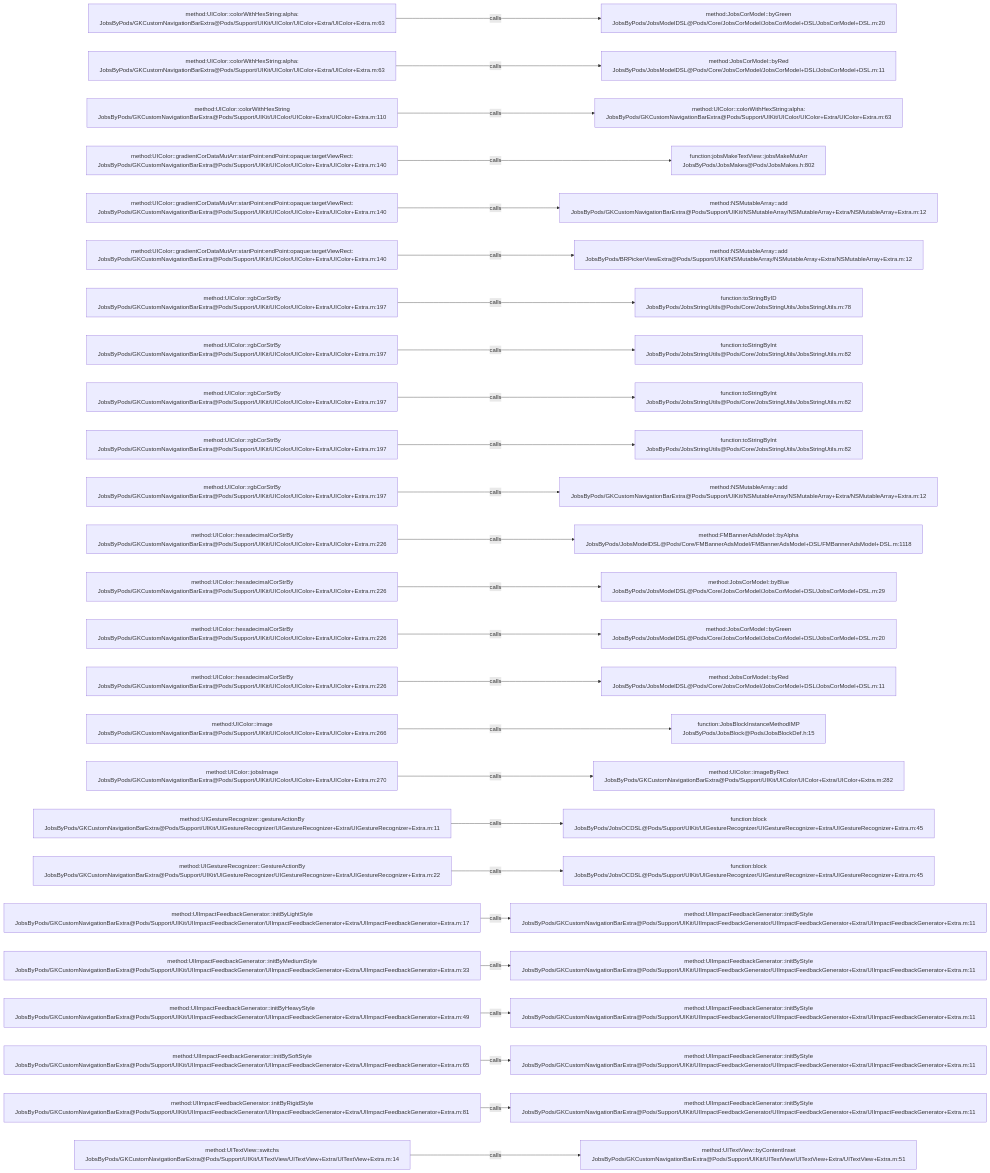
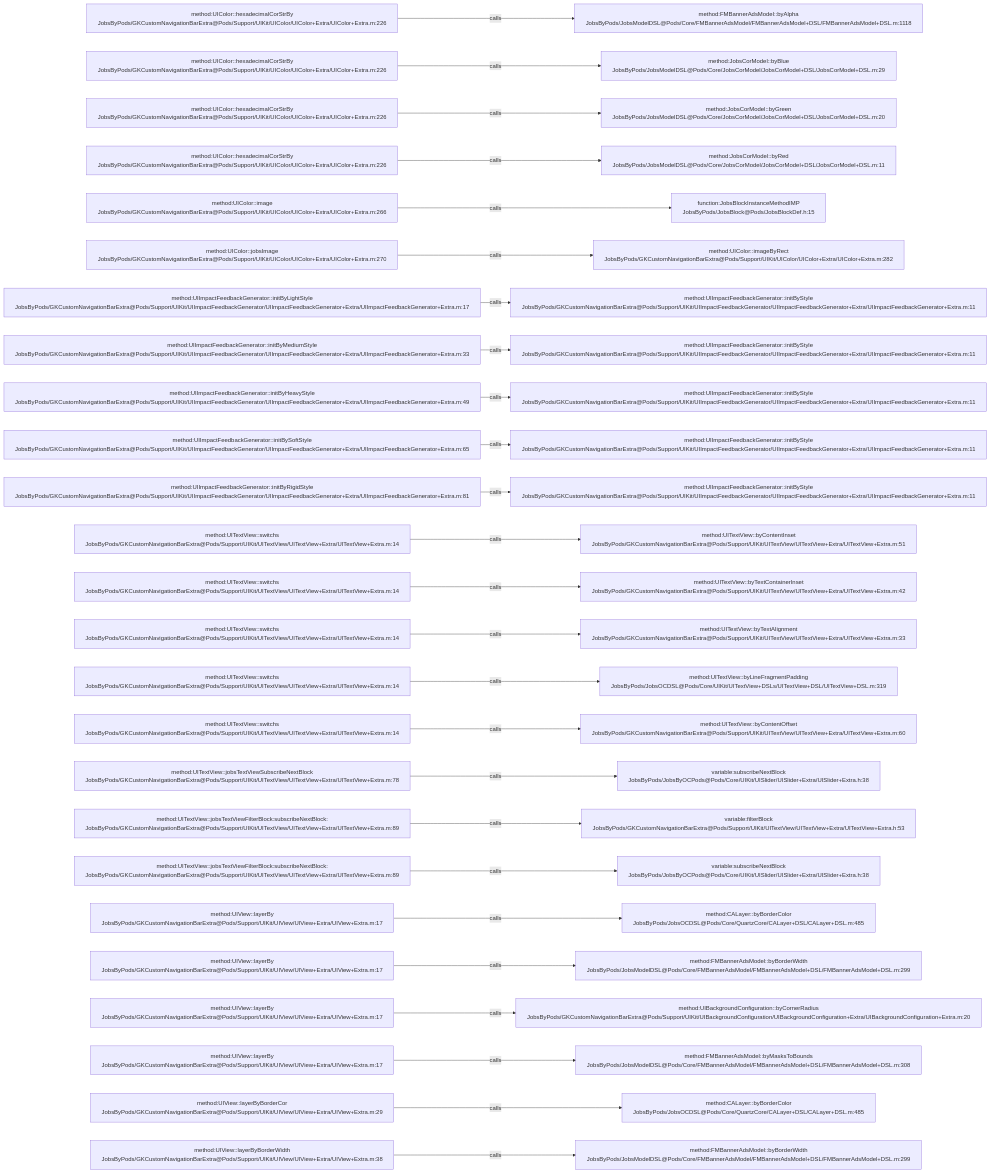
The diagram in .codegraph/codegraph.md/graphs/calls-039.md (JobsKits/JobsOCBaseConfigDemo), drawn with Mermaid before and after one commit. The commit also changed 223 other files, not shown here.

````diff
--- a/.codegraph/codegraph.md/graphs/calls-039.md
+++ b/.codegraph/codegraph.md/graphs/calls-039.md
@@ -13,78 +13,78 @@
 ```mermaid
 flowchart LR
-  S1["method:UIColor::colorWithHexString:alpha:<br/>JobsByPods/GKCustomNavigationBarExtra@Pods/Support/UIKit/UIColor/UIColor+Extra/UIColor+Extra.m:63"]
-  T1["method:JobsCorModel::byGreen<br/>JobsByPods/JobsModelDSL@Pods/Core/JobsCorModel/JobsCorModel+DSL/JobsCorModel+DSL.m:20"]
+  S1["method:UIColor::hexadecimalCorStrBy<br/>JobsByPods/GKCustomNavigationBarExtra@Pods/Support/UIKit/UIColor/UIColor+Extra/UIColor+Extra.m:226"]
+  T1["method:FMBannerAdsModel::byAlpha<br/>JobsByPods/JobsModelDSL@Pods/Core/FMBannerAdsModel/FMBannerAdsModel+DSL/FMBannerAdsModel+DSL.m:1118"]
   S1 -->|calls| T1
-  S2["method:UIColor::colorWithHexString:alpha:<br/>JobsByPods/GKCustomNavigationBarExtra@Pods/Support/UIKit/UIColor/UIColor+Extra/UIColor+Extra.m:63"]
-  T2["method:JobsCorModel::byRed<br/>JobsByPods/JobsModelDSL@Pods/Core/JobsCorModel/JobsCorModel+DSL/JobsCorModel+DSL.m:11"]
+  S2["method:UIColor::hexadecimalCorStrBy<br/>JobsByPods/GKCustomNavigationBarExtra@Pods/Support/UIKit/UIColor/UIColor+Extra/UIColor+Extra.m:226"]
+  T2["method:JobsCorModel::byBlue<br/>JobsByPods/JobsModelDSL@Pods/Core/JobsCorModel/JobsCorModel+DSL/JobsCorModel+DSL.m:29"]
   S2 -->|calls| T2
-  S3["method:UIColor::colorWithHexString<br/>JobsByPods/GKCustomNavigationBarExtra@Pods/Support/UIKit/UIColor/UIColor+Extra/UIColor+Extra.m:110"]
-  T3["method:UIColor::colorWithHexString:alpha:<br/>JobsByPods/GKCustomNavigationBarExtra@Pods/Support/UIKit/UIColor/UIColor+Extra/UIColor+Extra.m:63"]
+  S3["method:UIColor::hexadecimalCorStrBy<br/>JobsByPods/GKCustomNavigationBarExtra@Pods/Support/UIKit/UIColor/UIColor+Extra/UIColor+Extra.m:226"]
+  T3["method:JobsCorModel::byGreen<br/>JobsByPods/JobsModelDSL@Pods/Core/JobsCorModel/JobsCorModel+DSL/JobsCorModel+DSL.m:20"]
   S3 -->|calls| T3
-  S4["method:UIColor::gradientCorDataMutArr:startPoint:endPoint:opaque:targetViewRect:<br/>JobsByPods/GKCustomNavigationBarExtra@Pods/Support/UIKit/UIColor/UIColor+Extra/UIColor+Extra.m:140"]
-  T4["function:jobsMakeTextView::jobsMakeMutArr<br/>JobsByPods/JobsMakes@Pods/JobsMakes.h:802"]
+  S4["method:UIColor::hexadecimalCorStrBy<br/>JobsByPods/GKCustomNavigationBarExtra@Pods/Support/UIKit/UIColor/UIColor+Extra/UIColor+Extra.m:226"]
+  T4["method:JobsCorModel::byRed<br/>JobsByPods/JobsModelDSL@Pods/Core/JobsCorModel/JobsCorModel+DSL/JobsCorModel+DSL.m:11"]
   S4 -->|calls| T4
-  S5["method:UIColor::gradientCorDataMutArr:startPoint:endPoint:opaque:targetViewRect:<br/>JobsByPods/GKCustomNavigationBarExtra@Pods/Support/UIKit/UIColor/UIColor+Extra/UIColor+Extra.m:140"]
-  T5["method:NSMutableArray::add<br/>JobsByPods/GKCustomNavigationBarExtra@Pods/Support/UIKit/NSMutableArray/NSMutableArray+Extra/NSMutableArray+Extra.m:12"]
+  S5["method:UIColor::image<br/>JobsByPods/GKCustomNavigationBarExtra@Pods/Support/UIKit/UIColor/UIColor+Extra/UIColor+Extra.m:266"]
+  T5["function:JobsBlockInstanceMethodIMP<br/>JobsByPods/JobsBlock@Pods/JobsBlockDef.h:15"]
   S5 -->|calls| T5
-  S6["method:UIColor::gradientCorDataMutArr:startPoint:endPoint:opaque:targetViewRect:<br/>JobsByPods/GKCustomNavigationBarExtra@Pods/Support/UIKit/UIColor/UIColor+Extra/UIColor+Extra.m:140"]
-  T6["method:NSMutableArray::add<br/>JobsByPods/BRPickerViewExtra@Pods/Support/UIKit/NSMutableArray/NSMutableArray+Extra/NSMutableArray+Extra.m:12"]
+  S6["method:UIColor::jobsImage<br/>JobsByPods/GKCustomNavigationBarExtra@Pods/Support/UIKit/UIColor/UIColor+Extra/UIColor+Extra.m:270"]
+  T6["method:UIColor::imageByRect<br/>JobsByPods/GKCustomNavigationBarExtra@Pods/Support/UIKit/UIColor/UIColor+Extra/UIColor+Extra.m:282"]
   S6 -->|calls| T6
-  S7["method:UIColor::rgbCorStrBy<br/>JobsByPods/GKCustomNavigationBarExtra@Pods/Support/UIKit/UIColor/UIColor+Extra/UIColor+Extra.m:197"]
-  T7["function:toStringByID<br/>JobsByPods/JobsStringUtils@Pods/Core/JobsStringUtils/JobsStringUtils.m:78"]
+  S7["method:UIImpactFeedbackGenerator::initByLightStyle<br/>JobsByPods/GKCustomNavigationBarExtra@Pods/Support/UIKit/UIImpactFeedbackGenerator/UIImpactFeedbackGenerator+Extra/UIImpactFeedbackGenerator+Extra.m:17"]
+  T7["method:UIImpactFeedbackGenerator::initByStyle<br/>JobsByPods/GKCustomNavigationBarExtra@Pods/Support/UIKit/UIImpactFeedbackGenerator/UIImpactFeedbackGenerator+Extra/UIImpactFeedbackGenerator+Extra.m:11"]
   S7 -->|calls| T7
-  S8["method:UIColor::rgbCorStrBy<br/>JobsByPods/GKCustomNavigationBarExtra@Pods/Support/UIKit/UIColor/UIColor+Extra/UIColor+Extra.m:197"]
-  T8["function:toStringByInt<br/>JobsByPods/JobsStringUtils@Pods/Core/JobsStringUtils/JobsStringUtils.m:82"]
+  S8["method:UIImpactFeedbackGenerator::initByMediumStyle<br/>JobsByPods/GKCustomNavigationBarExtra@Pods/Support/UIKit/UIImpactFeedbackGenerator/UIImpactFeedbackGenerator+Extra/UIImpactFeedbackGenerator+Extra.m:33"]
+  T8["method:UIImpactFeedbackGenerator::initByStyle<br/>JobsByPods/GKCustomNavigationBarExtra@Pods/Support/UIKit/UIImpactFeedbackGenerator/UIImpactFeedbackGenerator+Extra/UIImpactFeedbackGenerator+Extra.m:11"]
   S8 -->|calls| T8
-  S9["method:UIColor::rgbCorStrBy<br/>JobsByPods/GKCustomNavigationBarExtra@Pods/Support/UIKit/UIColor/UIColor+Extra/UIColor+Extra.m:197"]
-  T9["function:toStringByInt<br/>JobsByPods/JobsStringUtils@Pods/Core/JobsStringUtils/JobsStringUtils.m:82"]
+  S9["method:UIImpactFeedbackGenerator::initByHeavyStyle<br/>JobsByPods/GKCustomNavigationBarExtra@Pods/Support/UIKit/UIImpactFeedbackGenerator/UIImpactFeedbackGenerator+Extra/UIImpactFeedbackGenerator+Extra.m:49"]
+  T9["method:UIImpactFeedbackGenerator::initByStyle<br/>JobsByPods/GKCustomNavigationBarExtra@Pods/Support/UIKit/UIImpactFeedbackGenerator/UIImpactFeedbackGenerator+Extra/UIImpactFeedbackGenerator+Extra.m:11"]
   S9 -->|calls| T9
-  S10["method:UIColor::rgbCorStrBy<br/>JobsByPods/GKCustomNavigationBarExtra@Pods/Support/UIKit/UIColor/UIColor+Extra/UIColor+Extra.m:197"]
-  T10["function:toStringByInt<br/>JobsByPods/JobsStringUtils@Pods/Core/JobsStringUtils/JobsStringUtils.m:82"]
+  S10["method:UIImpactFeedbackGenerator::initBySoftStyle<br/>JobsByPods/GKCustomNavigationBarExtra@Pods/Support/UIKit/UIImpactFeedbackGenerator/UIImpactFeedbackGenerator+Extra/UIImpactFeedbackGenerator+Extra.m:65"]
+  T10["method:UIImpactFeedbackGenerator::initByStyle<br/>JobsByPods/GKCustomNavigationBarExtra@Pods/Support/UIKit/UIImpactFeedbackGenerator/UIImpactFeedbackGenerator+Extra/UIImpactFeedbackGenerator+Extra.m:11"]
   S10 -->|calls| T10
-  S11["method:UIColor::rgbCorStrBy<br/>JobsByPods/GKCustomNavigationBarExtra@Pods/Support/UIKit/UIColor/UIColor+Extra/UIColor+Extra.m:197"]
-  T11["method:NSMutableArray::add<br/>JobsByPods/GKCustomNavigationBarExtra@Pods/Support/UIKit/NSMutableArray/NSMutableArray+Extra/NSMutableArray+Extra.m:12"]
+  S11["method:UIImpactFeedbackGenerator::initByRigidStyle<br/>JobsByPods/GKCustomNavigationBarExtra@Pods/Support/UIKit/UIImpactFeedbackGenerator/UIImpactFeedbackGenerator+Extra/UIImpactFeedbackGenerator+Extra.m:81"]
+  T11["method:UIImpactFeedbackGenerator::initByStyle<br/>JobsByPods/GKCustomNavigationBarExtra@Pods/Support/UIKit/UIImpactFeedbackGenerator/UIImpactFeedbackGenerator+Extra/UIImpactFeedbackGenerator+Extra.m:11"]
   S11 -->|calls| T11
-  S12["method:UIColor::hexadecimalCorStrBy<br/>JobsByPods/GKCustomNavigationBarExtra@Pods/Support/UIKit/UIColor/UIColor+Extra/UIColor+Extra.m:226"]
-  T12["method:FMBannerAdsModel::byAlpha<br/>JobsByPods/JobsModelDSL@Pods/Core/FMBannerAdsModel/FMBannerAdsModel+DSL/FMBannerAdsModel+DSL.m:1118"]
+  S12["method:UITextView::switchs<br/>JobsByPods/GKCustomNavigationBarExtra@Pods/Support/UIKit/UITextView/UITextView+Extra/UITextView+Extra.m:14"]
+  T12["method:UITextView::byContentInset<br/>JobsByPods/GKCustomNavigationBarExtra@Pods/Support/UIKit/UITextView/UITextView+Extra/UITextView+Extra.m:51"]
   S12 -->|calls| T12
-  S13["method:UIColor::hexadecimalCorStrBy<br/>JobsByPods/GKCustomNavigationBarExtra@Pods/Support/UIKit/UIColor/UIColor+Extra/UIColor+Extra.m:226"]
-  T13["method:JobsCorModel::byBlue<br/>JobsByPods/JobsModelDSL@Pods/Core/JobsCorModel/JobsCorModel+DSL/JobsCorModel+DSL.m:29"]
+  S13["method:UITextView::switchs<br/>JobsByPods/GKCustomNavigationBarExtra@Pods/Support/UIKit/UITextView/UITextView+Extra/UITextView+Extra.m:14"]
+  T13["method:UITextView::byTextContainerInset<br/>JobsByPods/GKCustomNavigationBarExtra@Pods/Support/UIKit/UITextView/UITextView+Extra/UITextView+Extra.m:42"]
   S13 -->|calls| T13
-  S14["method:UIColor::hexadecimalCorStrBy<br/>JobsByPods/GKCustomNavigationBarExtra@Pods/Support/UIKit/UIColor/UIColor+Extra/UIColor+Extra.m:226"]
-  T14["method:JobsCorModel::byGreen<br/>JobsByPods/JobsModelDSL@Pods/Core/JobsCorModel/JobsCorModel+DSL/JobsCorModel+DSL.m:20"]
+  S14["method:UITextView::switchs<br/>JobsByPods/GKCustomNavigationBarExtra@Pods/Support/UIKit/UITextView/UITextView+Extra/UITextView+Extra.m:14"]
+  T14["method:UITextView::byTextAlignment<br/>JobsByPods/GKCustomNavigationBarExtra@Pods/Support/UIKit/UITextView/UITextView+Extra/UITextView+Extra.m:33"]
   S14 -->|calls| T14
-  S15["method:UIColor::hexadecimalCorStrBy<br/>JobsByPods/GKCustomNavigationBarExtra@Pods/Support/UIKit/UIColor/UIColor+Extra/UIColor+Extra.m:226"]
-  T15["method:JobsCorModel::byRed<br/>JobsByPods/JobsModelDSL@Pods/Core/JobsCorModel/JobsCorModel+DSL/JobsCorModel+DSL.m:11"]
+  S15["method:UITextView::switchs<br/>JobsByPods/GKCustomNavigationBarExtra@Pods/Support/UIKit/UITextView/UITextView+Extra/UITextView+Extra.m:14"]
+  T15["method:UITextView::byLineFragmentPadding<br/>JobsByPods/JobsOCDSL@Pods/Core/UIKit/UITextView+DSLs/UITextView+DSL/UITextView+DSL.m:319"]
   S15 -->|calls| T15
-  S16["method:UIColor::image<br/>JobsByPods/GKCustomNavigationBarExtra@Pods/Support/UIKit/UIColor/UIColor+Extra/UIColor+Extra.m:266"]
-  T16["function:JobsBlockInstanceMethodIMP<br/>JobsByPods/JobsBlock@Pods/JobsBlockDef.h:15"]
+  S16["method:UITextView::switchs<br/>JobsByPods/GKCustomNavigationBarExtra@Pods/Support/UIKit/UITextView/UITextView+Extra/UITextView+Extra.m:14"]
+  T16["method:UITextView::byContentOffset<br/>JobsByPods/GKCustomNavigationBarExtra@Pods/Support/UIKit/UITextView/UITextView+Extra/UITextView+Extra.m:60"]
   S16 -->|calls| T16
-  S17["method:UIColor::jobsImage<br/>JobsByPods/GKCustomNavigationBarExtra@Pods/Support/UIKit/UIColor/UIColor+Extra/UIColor+Extra.m:270"]
-  T17["method:UIColor::imageByRect<br/>JobsByPods/GKCustomNavigationBarExtra@Pods/Support/UIKit/UIColor/UIColor+Extra/UIColor+Extra.m:282"]
+  S17["method:UITextView::jobsTextViewSubscribeNextBlock<br/>JobsByPods/GKCustomNavigationBarExtra@Pods/Support/UIKit/UITextView/UITextView+Extra/UITextView+Extra.m:78"]
+  T17["variable:subscribeNextBlock<br/>JobsByPods/JobsByOCPods@Pods/Core/UIKit/UISlider/UISlider+Extra/UISlider+Extra.h:38"]
   S17 -->|calls| T17
-  S18["method:UIGestureRecognizer::gestureActionBy<br/>JobsByPods/GKCustomNavigationBarExtra@Pods/Support/UIKit/UIGestureRecognizer/UIGestureRecognizer+Extra/UIGestureRecognizer+Extra.m:11"]
-  T18["function:block<br/>JobsByPods/JobsOCDSL@Pods/Support/UIKit/UIGestureRecognizer/UIGestureRecognizer+Extra/UIGestureRecognizer+Extra.m:45"]
+  S18["method:UITextView::jobsTextViewFilterBlock:subscribeNextBlock:<br/>JobsByPods/GKCustomNavigationBarExtra@Pods/Support/UIKit/UITextView/UITextView+Extra/UITextView+Extra.m:89"]
+  T18["variable:filterBlock<br/>JobsByPods/GKCustomNavigationBarExtra@Pods/Support/UIKit/UITextView/UITextView+Extra/UITextView+Extra.h:53"]
   S18 -->|calls| T18
-  S19["method:UIGestureRecognizer::GestureActionBy<br/>JobsByPods/GKCustomNavigationBarExtra@Pods/Support/UIKit/UIGestureRecognizer/UIGestureRecognizer+Extra/UIGestureRecognizer+Extra.m:22"]
-  T19["function:block<br/>JobsByPods/JobsOCDSL@Pods/Support/UIKit/UIGestureRecognizer/UIGestureRecognizer+Extra/UIGestureRecognizer+Extra.m:45"]
+  S19["method:UITextView::jobsTextViewFilterBlock:subscribeNextBlock:<br/>JobsByPods/GKCustomNavigationBarExtra@Pods/Support/UIKit/UITextView/UITextView+Extra/UITextView+Extra.m:89"]
+  T19["variable:subscribeNextBlock<br/>JobsByPods/JobsByOCPods@Pods/Core/UIKit/UISlider/UISlider+Extra/UISlider+Extra.h:38"]
   S19 -->|calls| T19
-  S20["method:UIImpactFeedbackGenerator::initByLightStyle<br/>JobsByPods/GKCustomNavigationBarExtra@Pods/Support/UIKit/UIImpactFeedbackGenerator/UIImpactFeedbackGenerator+Extra/UIImpactFeedbackGenerator+Extra.m:17"]
-  T20["method:UIImpactFeedbackGenerator::initByStyle<br/>JobsByPods/GKCustomNavigationBarExtra@Pods/Support/UIKit/UIImpactFeedbackGenerator/UIImpactFeedbackGenerator+Extra/UIImpactFeedbackGenerator+Extra.m:11"]
+  S20["method:UIView::layerBy<br/>JobsByPods/GKCustomNavigationBarExtra@Pods/Support/UIKit/UIView/UIView+Extra/UIView+Extra.m:17"]
+  T20["method:CALayer::byBorderColor<br/>JobsByPods/JobsOCDSL@Pods/Core/QuartzCore/CALayer+DSL/CALayer+DSL.m:485"]
   S20 -->|calls| T20
-  S21["method:UIImpactFeedbackGenerator::initByMediumStyle<br/>JobsByPods/GKCustomNavigationBarExtra@Pods/Support/UIKit/UIImpactFeedbackGenerator/UIImpactFeedbackGenerator+Extra/UIImpactFeedbackGenerator+Extra.m:33"]
-  T21["method:UIImpactFeedbackGenerator::initByStyle<br/>JobsByPods/GKCustomNavigationBarExtra@Pods/Support/UIKit/UIImpactFeedbackGenerator/UIImpactFeedbackGenerator+Extra/UIImpactFeedbackGenerator+Extra.m:11"]
+  S21["method:UIView::layerBy<br/>JobsByPods/GKCustomNavigationBarExtra@Pods/Support/UIKit/UIView/UIView+Extra/UIView+Extra.m:17"]
+  T21["method:FMBannerAdsModel::byBorderWidth<br/>JobsByPods/JobsModelDSL@Pods/Core/FMBannerAdsModel/FMBannerAdsModel+DSL/FMBannerAdsModel+DSL.m:299"]
   S21 -->|calls| T21
-  S22["method:UIImpactFeedbackGenerator::initByHeavyStyle<br/>JobsByPods/GKCustomNavigationBarExtra@Pods/Support/UIKit/UIImpactFeedbackGenerator/UIImpactFeedbackGenerator+Extra/UIImpactFeedbackGenerator+Extra.m:49"]
-  T22["method:UIImpactFeedbackGenerator::initByStyle<br/>JobsByPods/GKCustomNavigationBarExtra@Pods/Support/UIKit/UIImpactFeedbackGenerator/UIImpactFeedbackGenerator+Extra/UIImpactFeedbackGenerator+Extra.m:11"]
+  S22["method:UIView::layerBy<br/>JobsByPods/GKCustomNavigationBarExtra@Pods/Support/UIKit/UIView/UIView+Extra/UIView+Extra.m:17"]
+  T22["method:UIBackgroundConfiguration::byCornerRadius<br/>JobsByPods/GKCustomNavigationBarExtra@Pods/Support/UIKit/UIBackgroundConfiguration/UIBackgroundConfiguration+Extra/UIBackgroundConfiguration+Extra.m:20"]
   S22 -->|calls| T22
-  S23["method:UIImpactFeedbackGenerator::initBySoftStyle<br/>JobsByPods/GKCustomNavigationBarExtra@Pods/Support/UIKit/UIImpactFeedbackGenerator/UIImpactFeedbackGenerator+Extra/UIImpactFeedbackGenerator+Extra.m:65"]
-  T23["method:UIImpactFeedbackGenerator::initByStyle<br/>JobsByPods/GKCustomNavigationBarExtra@Pods/Support/UIKit/UIImpactFeedbackGenerator/UIImpactFeedbackGenerator+Extra/UIImpactFeedbackGenerator+Extra.m:11"]
+  S23["method:UIView::layerBy<br/>JobsByPods/GKCustomNavigationBarExtra@Pods/Support/UIKit/UIView/UIView+Extra/UIView+Extra.m:17"]
+  T23["method:FMBannerAdsModel::byMasksToBounds<br/>JobsByPods/JobsModelDSL@Pods/Core/FMBannerAdsModel/FMBannerAdsModel+DSL/FMBannerAdsModel+DSL.m:308"]
   S23 -->|calls| T23
-  S24["method:UIImpactFeedbackGenerator::initByRigidStyle<br/>JobsByPods/GKCustomNavigationBarExtra@Pods/Support/UIKit/UIImpactFeedbackGenerator/UIImpactFeedbackGenerator+Extra/UIImpactFeedbackGenerator+Extra.m:81"]
-  T24["method:UIImpactFeedbackGenerator::initByStyle<br/>JobsByPods/GKCustomNavigationBarExtra@Pods/Support/UIKit/UIImpactFeedbackGenerator/UIImpactFeedbackGenerator+Extra/UIImpactFeedbackGenerator+Extra.m:11"]
+  S24["method:UIView::layerByBorderCor<br/>JobsByPods/GKCustomNavigationBarExtra@Pods/Support/UIKit/UIView/UIView+Extra/UIView+Extra.m:29"]
+  T24["method:CALayer::byBorderColor<br/>JobsByPods/JobsOCDSL@Pods/Core/QuartzCore/CALayer+DSL/CALayer+DSL.m:485"]
   S24 -->|calls| T24
-  S25["method:UITextView::switchs<br/>JobsByPods/GKCustomNavigationBarExtra@Pods/Support/UIKit/UITextView/UITextView+Extra/UITextView+Extra.m:14"]
-  T25["method:UITextView::byContentInset<br/>JobsByPods/GKCustomNavigationBarExtra@Pods/Support/UIKit/UITextView/UITextView+Extra/UITextView+Extra.m:51"]
+  S25["method:UIView::layerByBorderWidth<br/>JobsByPods/GKCustomNavigationBarExtra@Pods/Support/UIKit/UIView/UIView+Extra/UIView+Extra.m:38"]
+  T25["method:FMBannerAdsModel::byBorderWidth<br/>JobsByPods/JobsModelDSL@Pods/Core/FMBannerAdsModel/FMBannerAdsModel+DSL/FMBannerAdsModel+DSL.m:299"]
   S25 -->|calls| T25
 ```
````
